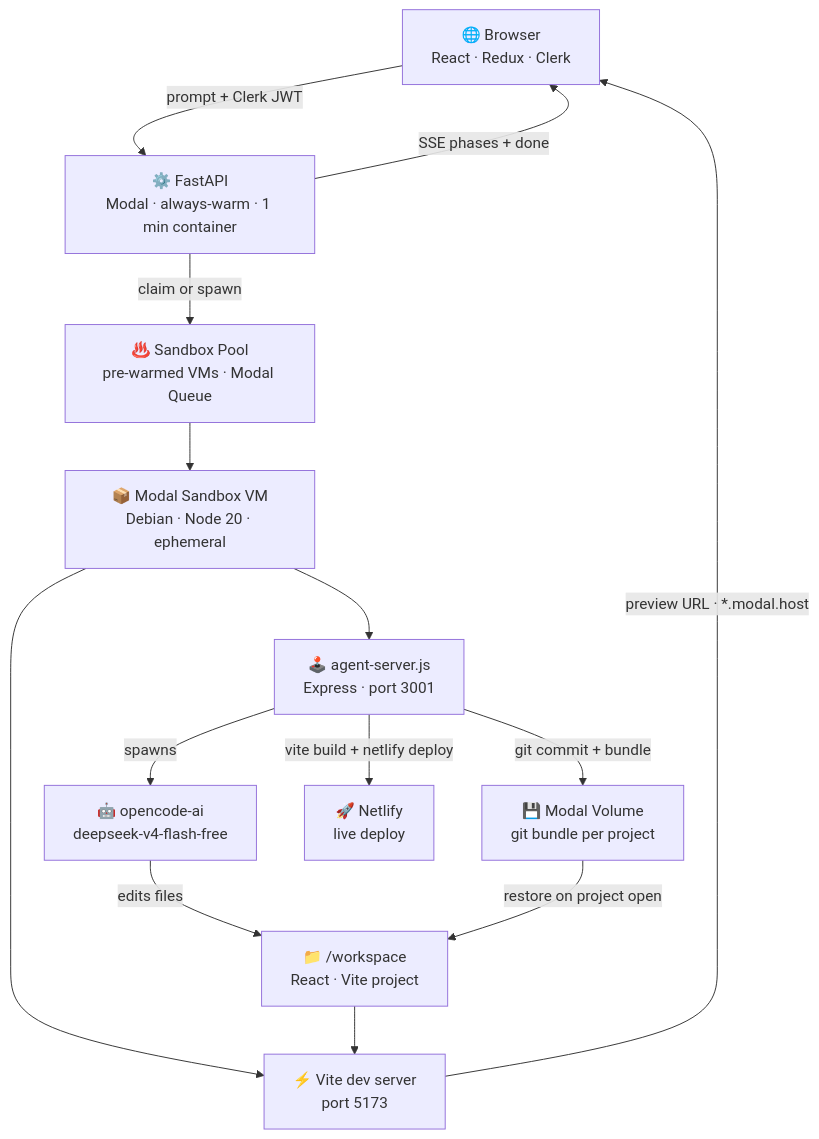
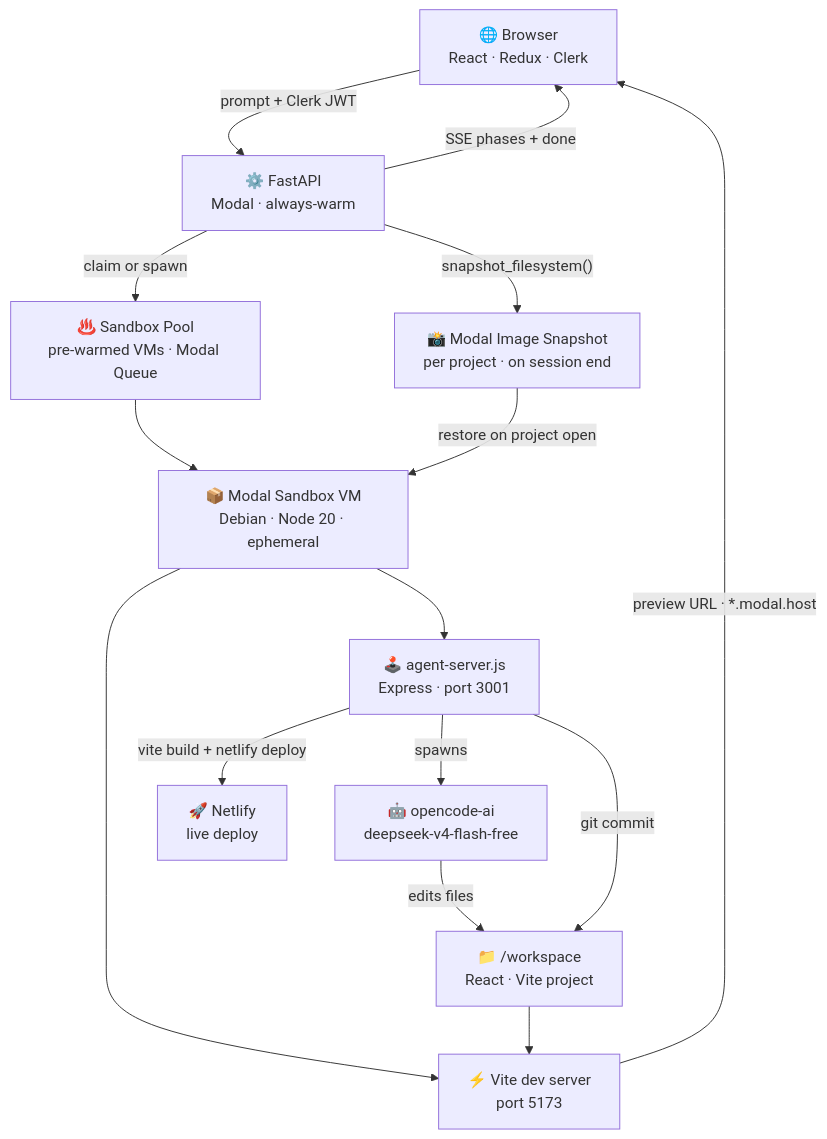
One commit to khalatevarun/buildman changed the diagram in README.md. Above: the diagram before and after it, drawn with Mermaid. The commit also changed other lines of this file, not shown here.

First line of the commit message:
docs: fix README with verified architecture

````diff
--- a/README.md
+++ b/README.md
@@ -23,27 +23,28 @@
 ```mermaid
 flowchart TD
     Browser["🌐 Browser\nReact · Redux · Clerk"]
-    API["⚙️ FastAPI\nModal · always-warm · 1 min container"]
+    API["⚙️ FastAPI\nModal · always-warm"]
     Pool["♨️ Sandbox Pool\npre-warmed VMs · Modal Queue"]
     Sandbox["📦 Modal Sandbox VM\nDebian · Node 20 · ephemeral"]
     Agent["🕹️ agent-server.js\nExpress · port 3001"]
     Opencode["🤖 opencode-ai\ndeepseek-v4-flash-free"]
     Workspace["📁 /workspace\nReact · Vite project"]
     Vite["⚡ Vite dev server\nport 5173"]
-    Volume["💾 Modal Volume\ngit bundle per project"]
+    Snapshot["📸 Modal Image Snapshot\nper project · on session end"]
     Netlify["🚀 Netlify\nlive deploy"]
 
     Browser -- "prompt + Clerk JWT" --> API
     API -- "SSE phases + done" --> Browser
     API -- "claim or spawn" --> Pool
     Pool --> Sandbox
     Sandbox --> Agent
     Sandbox --> Vite
     Agent -- "spawns" --> Opencode
     Opencode -- "edits files" --> Workspace
     Workspace --> Vite
     Vite -- "preview URL · *.modal.host" --> Browser
-    Agent -- "git commit + bundle" --> Volume
-    Volume -- "restore on project open" --> Workspace
+    Agent -- "git commit" --> Workspace
+    API -- "snapshot_filesystem()" --> Snapshot
+    Snapshot -- "restore on project open" --> Sandbox
     Agent -- "vite build + netlify deploy" --> Netlify
 ```
````
